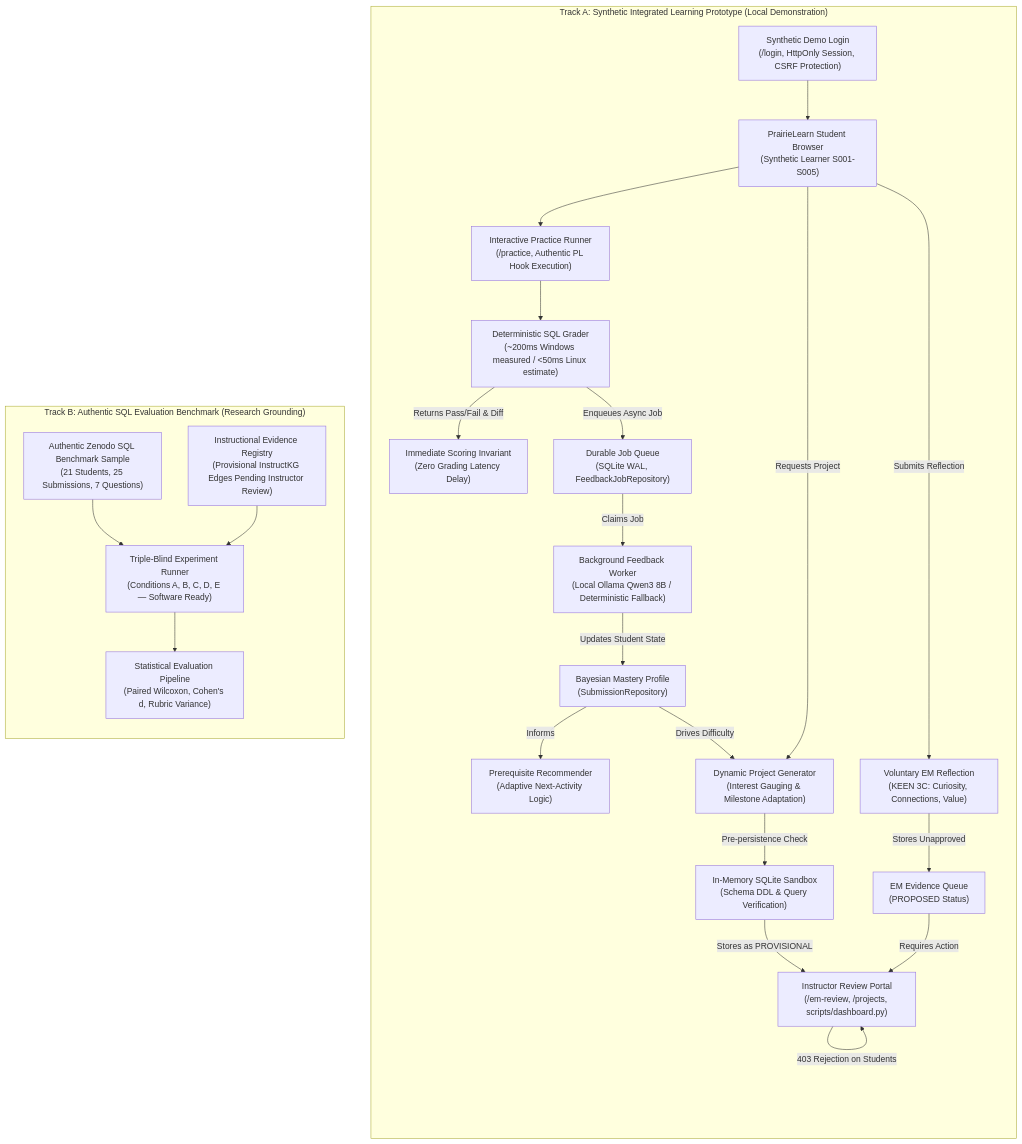
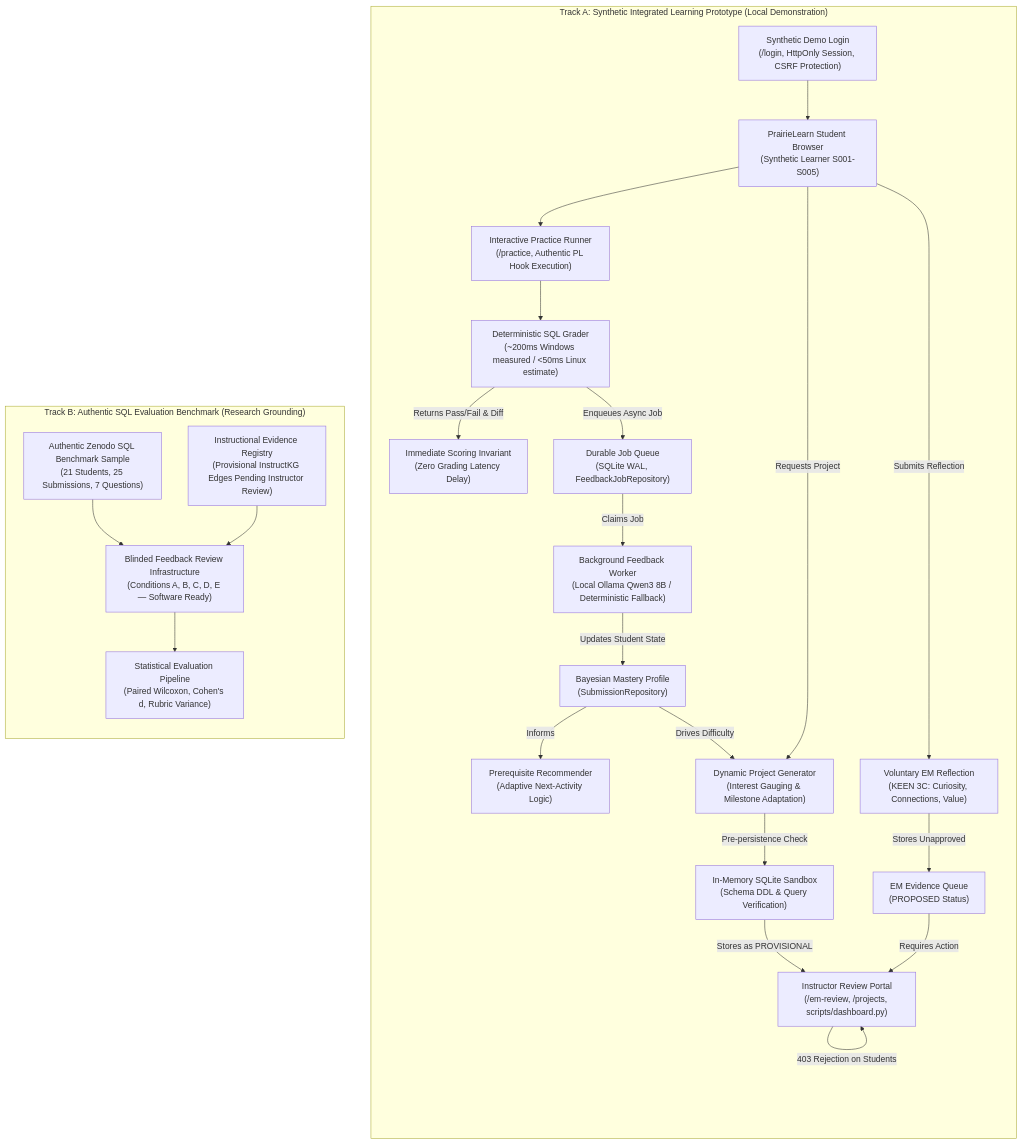
Before and after one commit to IanJ332/insructkg_sandbox: the diagram in docs/research/PROFESSOR_ALAWINI_MEETING_BRIEF.md, drawn with Mermaid. The commit also changed other lines of this file and 8 other files, not shown here.

Commit message:
feat(phase5.6): isolate synthetic login in dev mode, correct browser test classification, and verify sequential demo flow

````diff
--- a/docs/research/PROFESSOR_ALAWINI_MEETING_BRIEF.md
+++ b/docs/research/PROFESSOR_ALAWINI_MEETING_BRIEF.md
@@ -18,49 +18,49 @@
 ```mermaid
 flowchart TD
     subgraph TrackA["Track A: Synthetic Integrated Learning Prototype (Local Demonstration)"]
         direction TB
         AuthPortal["Synthetic Demo Login<br/>(/login, HttpOnly Session, CSRF Protection)"]
         PLUI["PrairieLearn Student Browser<br/>(Synthetic Learner S001-S005)"]
         PracticeUI["Interactive Practice Runner<br/>(/practice, Authentic PL Hook Execution)"]
         Grader["Deterministic SQL Grader<br/>(~200ms Windows measured / <50ms Linux estimate)"]
         ScoreStore["Immediate Scoring Invariant<br/>(Zero Grading Latency Delay)"]
         Queue["Durable Job Queue<br/>(SQLite WAL, FeedbackJobRepository)"]
         Worker["Background Feedback Worker<br/>(Local Ollama Qwen3 8B / Deterministic Fallback)"]
         Profile["Bayesian Mastery Profile<br/>(SubmissionRepository)"]
         Recommender["Prerequisite Recommender<br/>(Adaptive Next-Activity Logic)"]
         EMForm["Voluntary EM Reflection<br/>(KEEN 3C: Curiosity, Connections, Value)"]
         EMQueue["EM Evidence Queue<br/>(PROPOSED Status)"]
         ReviewUI["Instructor Review Portal<br/>(/em-review, /projects, scripts/dashboard.py)"]
         ProjGen["Dynamic Project Generator<br/>(Interest Gauging & Milestone Adaptation)"]
         Sandbox["In-Memory SQLite Sandbox<br/>(Schema DDL & Query Verification)"]
 
         AuthPortal --> PLUI
         PLUI --> PracticeUI
         PracticeUI --> Grader
         Grader -->|Returns Pass/Fail & Diff| ScoreStore
         Grader -->|Enqueues Async Job| Queue
         Queue -->|Claims Job| Worker
         Worker -->|Updates Student State| Profile
         Profile -->|Informs| Recommender
         PLUI -->|Submits Reflection| EMForm
         EMForm -->|Stores Unapproved| EMQueue
         EMQueue -->|Requires Action| ReviewUI
         ReviewUI -->|403 Rejection on Students| ReviewUI
         PLUI -->|Requests Project| ProjGen
         Profile -->|Drives Difficulty| ProjGen
         ProjGen -->|Pre-persistence Check| Sandbox
         Sandbox -->|Stores as PROVISIONAL| ReviewUI
     end
 
     subgraph TrackB["Track B: Authentic SQL Evaluation Benchmark (Research Grounding)"]
         direction TB
         ANUData["Authentic Zenodo SQL Benchmark Sample<br/>(21 Students, 25 Submissions, 7 Questions)"]
         Registry["Instructional Evidence Registry<br/>(Provisional InstructKG Edges Pending Instructor Review)"]
-        Blinder["Triple-Blind Experiment Runner<br/>(Conditions A, B, C, D, E — Software Ready)"]
+        Blinder["Blinded Feedback Review Infrastructure<br/>(Conditions A, B, C, D, E — Software Ready)"]
         SciAudit["Statistical Evaluation Pipeline<br/>(Paired Wilcoxon, Cohen's d, Rubric Variance)"]
 
         ANUData --> Blinder
         Registry --> Blinder
         Blinder --> SciAudit
     end
 ```
````
